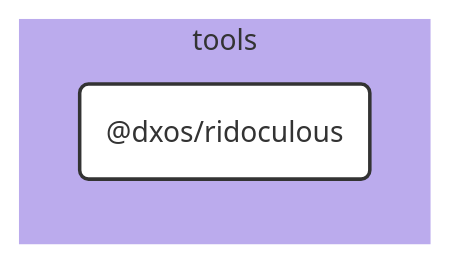
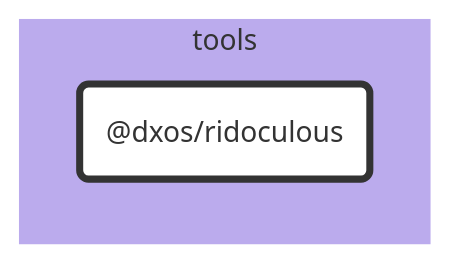
The diagram in tools/ridoculous/docs/README.md (dxos/dxos), drawn with Mermaid before and after one commit. The commit also changed 683 other files, not shown here.

````diff
--- a/tools/ridoculous/docs/README.md
+++ b/tools/ridoculous/docs/README.md
@@ -7,25 +7,20 @@
 ```mermaid
 %%{ init: {'flowchart':{'curve':'basis'}} }%%
 
 flowchart LR
 
-%% Links
+%% Classes
+classDef def fill:#fff,stroke:#333,stroke-width:1px
+classDef root fill:#fff,stroke:#333,stroke-width:4px
 
-%% Sections
-subgraph tools
-  style tools fill:#bbabed,stroke:#fff;
+%% Nodes
 
-  dxos/ridoculous("@dxos/ridoculous")
+subgraph tools [tools]
+  style tools fill:#bbabed,stroke:#fff
+  dxos/ridoculous("@dxos/ridoculous"):::root
+  click dxos/ridoculous "dxos/dxos/tree/main/tools/ridoculous/docs"
 end
 
-
-%% Hyperlinks
-
-%% Styles
-classDef rootNode fill:#fff,stroke:#333,stroke-width:2px
-classDef defaultNode fill:#fff,stroke:#333,stroke-width:1px
+%% Links
 linkStyle default stroke:#333,stroke-width:1px
-
-dxos/ridoculous:::rootNode
-
 ```
````
